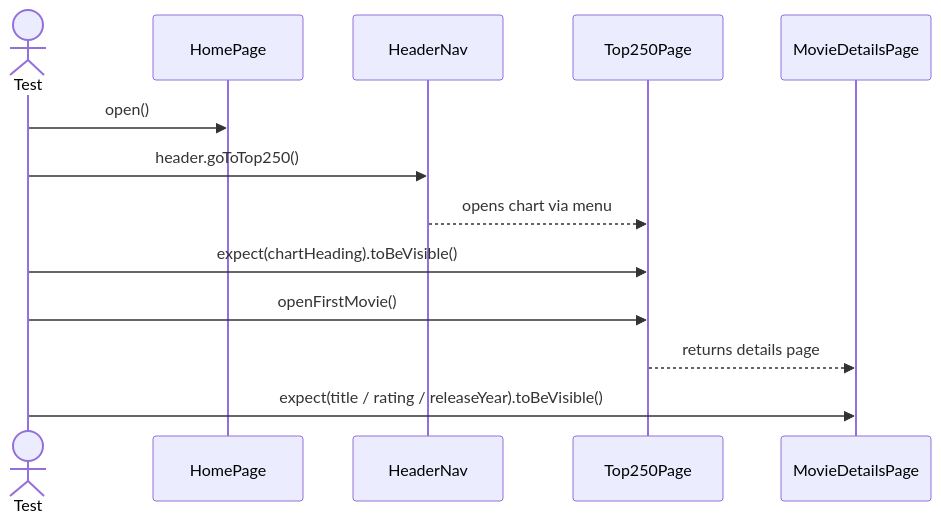
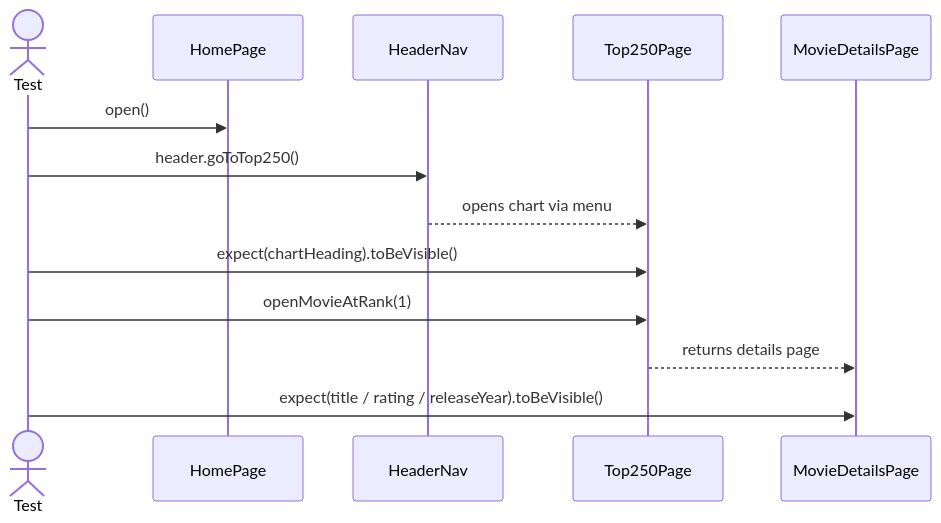
The third of 5 diagrams in README.md (criguex/civica-playwright-challenge), drawn with Mermaid before and after one commit. The commit also changed other lines of this file and 39 other files, not shown here.

````diff
--- a/README.md
+++ b/README.md
@@ -236,15 +269,15 @@
 ```mermaid
 sequenceDiagram
   actor U as Test
   participant H as HomePage
   participant Nav as HeaderNav
   participant C as Top250Page
   participant M as MovieDetailsPage
   U->>H: open()
   U->>Nav: header.goToTop250()
   Nav-->>C: opens chart via menu
   U->>C: expect(chartHeading).toBeVisible()
-  U->>C: openFirstMovie()
+  U->>C: openMovieAtRank(1)
   C-->>M: returns details page
   U->>M: expect(title / rating / releaseYear).toBeVisible()
 ```
````
